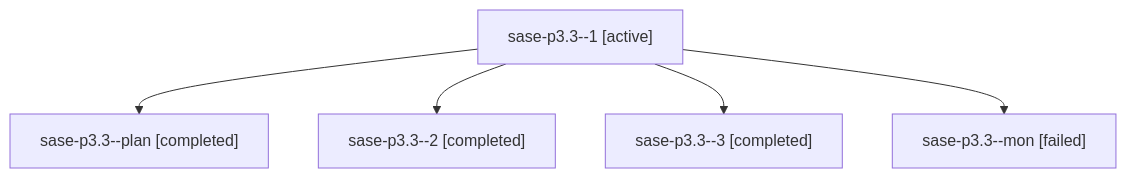
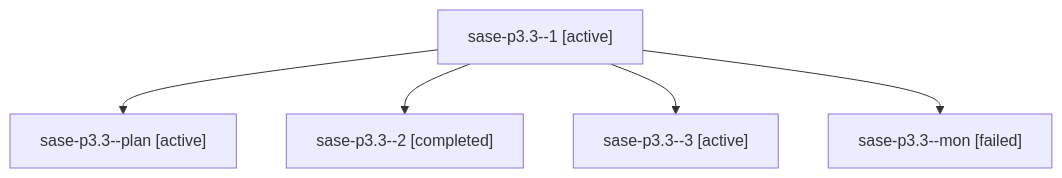
Before and after one commit to sase-org/sase--agents: the diagram in families/bbugyi200.athena.sase-p3.3.md, drawn with Mermaid. The commit also changed other lines of this file and 35830 other files, not shown here.

````diff
--- a/families/bbugyi200.athena.sase-p3.3.md
+++ b/families/bbugyi200.athena.sase-p3.3.md
@@ -9,12 +9,12 @@
 ```mermaid
 flowchart TD
   n0["sase-p3.3--1 [active]"]
-  n1["sase-p3.3--plan [completed]"]
+  n1["sase-p3.3--plan [active]"]
   n0 --> n1
   n2["sase-p3.3--2 [completed]"]
   n0 --> n2
-  n3["sase-p3.3--3 [completed]"]
+  n3["sase-p3.3--3 [active]"]
   n0 --> n3
   n4["sase-p3.3--mon [failed]"]
   n0 --> n4
 ```
````
